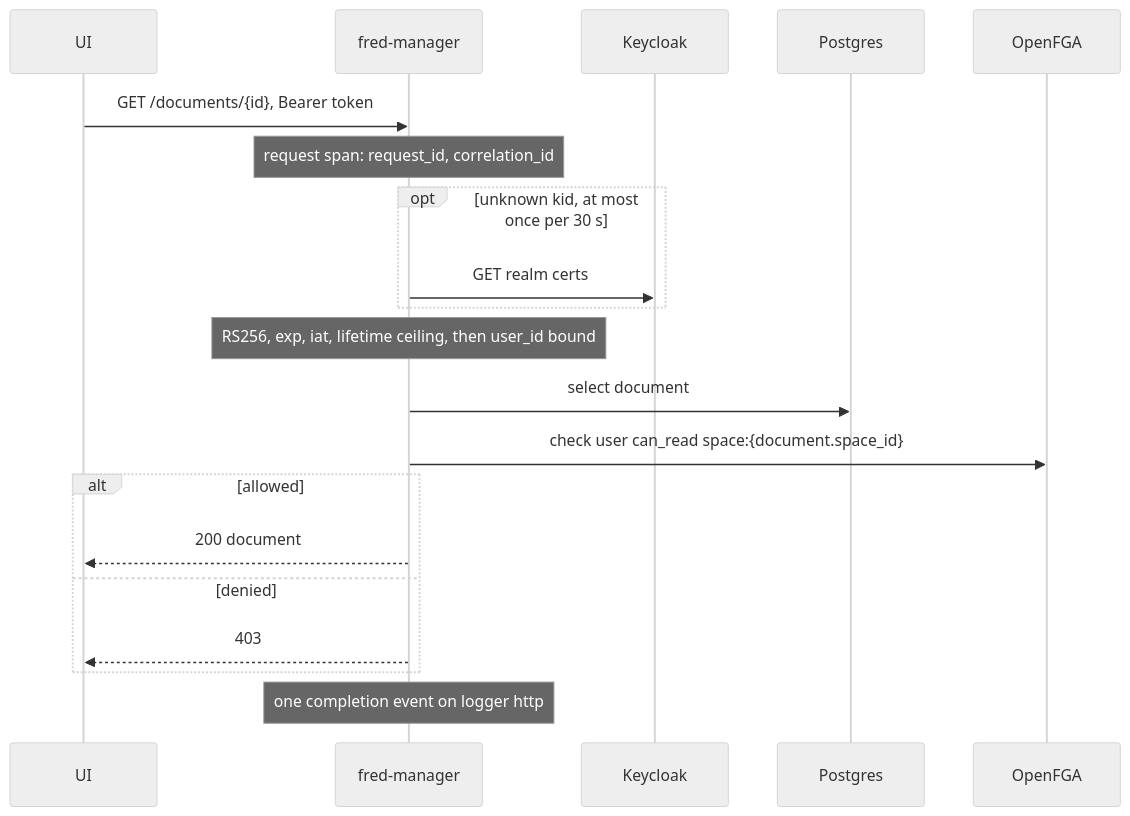
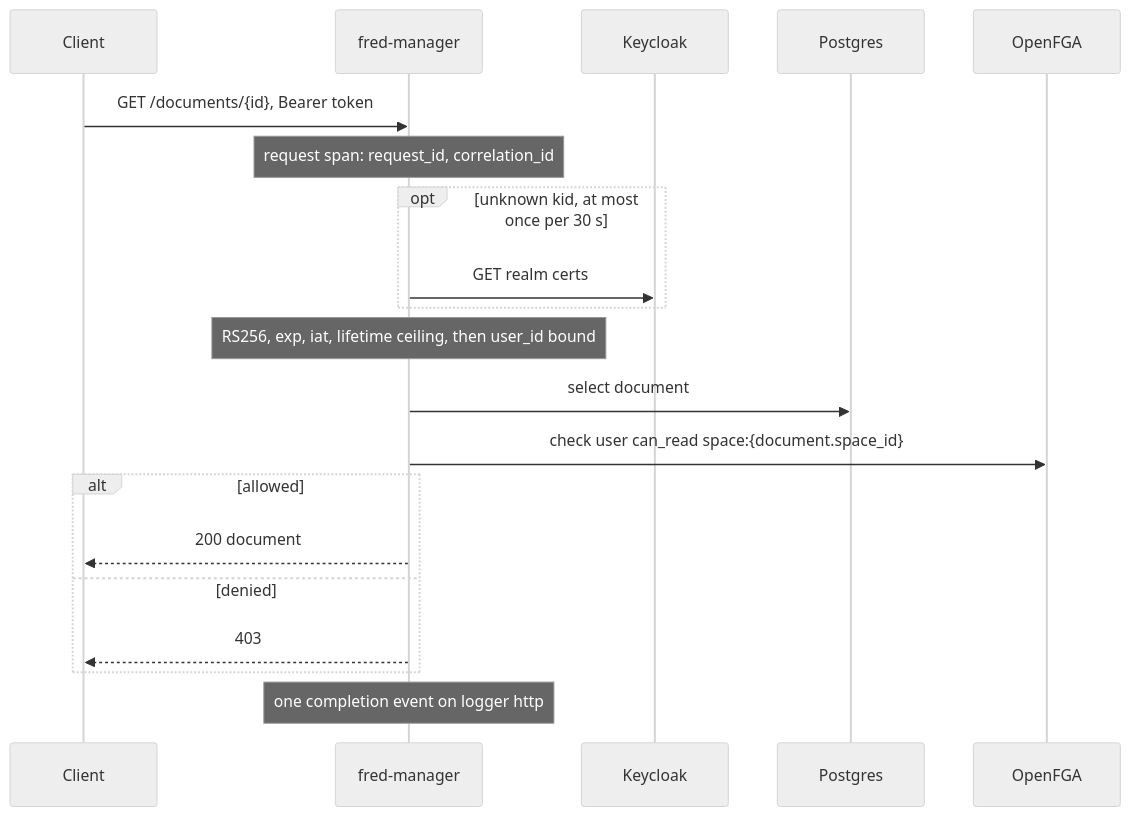
One commit to ThalesGroup/fred changed the first of 6 diagrams in docs/architecture/04-runtime.md. Above: the diagram before and after it, drawn with Mermaid (neutral theme). The commit also changed other lines of this file and 12 other files, not shown here.

First line of the commit message:
docs(architecture): describe only what is implemented

````diff
--- a/docs/architecture/04-runtime.md
+++ b/docs/architecture/04-runtime.md
@@ -37,22 +37,22 @@
 ```mermaid
 sequenceDiagram
-    participant UI
+    participant C as Client
     participant M as fred-manager
     participant KC as Keycloak
     participant PG as Postgres
     participant FGA as OpenFGA
-    UI->>M: GET /documents/{id}, Bearer token
+    C->>M: GET /documents/{id}, Bearer token
     Note over M: request span: request_id, correlation_id
     opt unknown kid, at most once per 30 s
         M->>KC: GET realm certs
     end
     Note over M: RS256, exp, iat, lifetime ceiling, then user_id bound
     M->>PG: select document
     M->>FGA: check user can_read space:{document.space_id}
     alt allowed
-        M-->>UI: 200 document
+        M-->>C: 200 document
     else denied
-        M-->>UI: 403
+        M-->>C: 403
     end
     Note over M: one completion event on logger http
 ```
````
